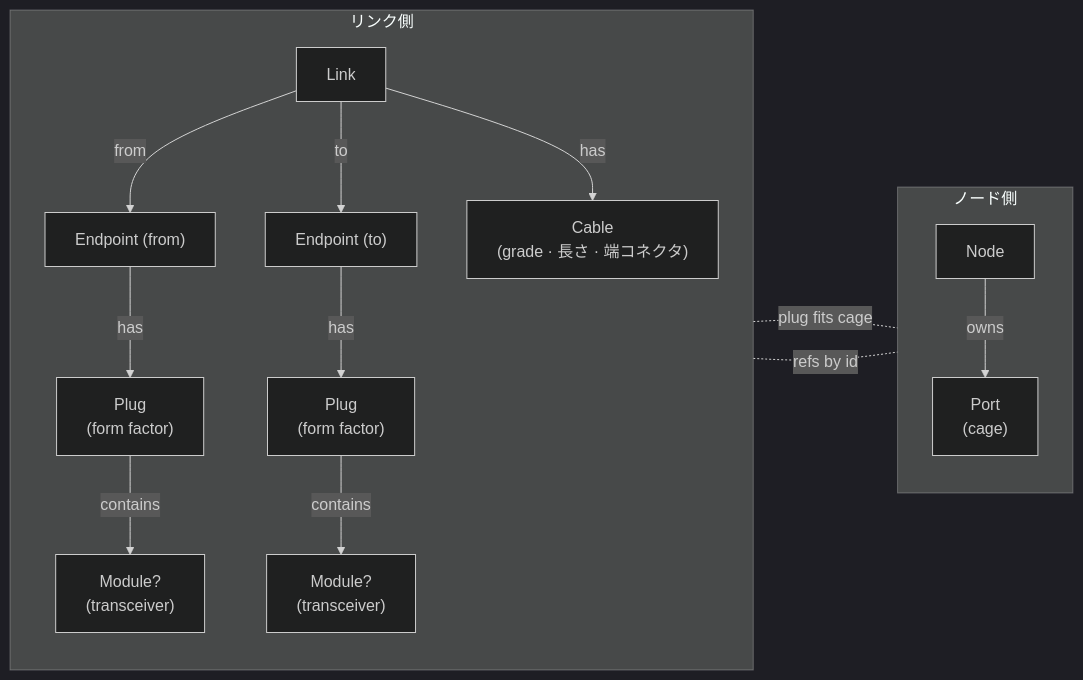
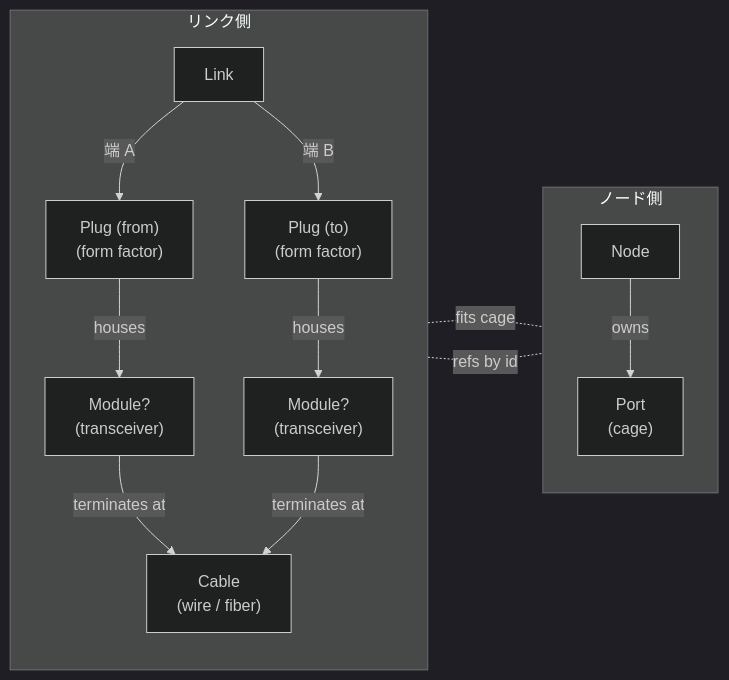
Before and after one commit to konoe-akitoshi/shumoku: the first of 3 diagrams in apps/editor/docs/connection-model.md, drawn with Mermaid (dark theme). The commit also changed other lines of this file, not shown here.

Commit message:
docs(connection-model): redraw rough diagram around physical chain
Reworked the rough relation diagram per the actual physical model:

- Cable is the *terminus* of each side's chain (Plug → Module? →
  Cable), not a sibling at Link level. The cable body is reached from
  both ends rather than dangling off Link.
- Plug, not Endpoint, connects to Port — the diagram now wires Port
  directly to the Plug.
- "Endpoint" is a programming-level wrapper (carries node/port id
  refs alongside plug+module) — flagged as such in prose so the
  diagram stays focused on the physical concepts.

````diff
--- a/apps/editor/docs/connection-model.md
+++ b/apps/editor/docs/connection-model.md
@@ -17,32 +17,29 @@
 ```mermaid
 flowchart LR
   subgraph NS[ノード側]
     direction TB
     Node["Node"]
     Port["Port<br/>(cage)"]
     Node -- owns --> Port
   end
 
   subgraph LS[リンク側]
     direction TB
     Link["Link"]
-    EpA["Endpoint (from)"]
-    EpB["Endpoint (to)"]
-    Cable["Cable<br/>(grade · 長さ · 端コネクタ)"]
-    PlugA["Plug<br/>(form factor)"]
-    PlugB["Plug<br/>(form factor)"]
-    ModA["Module?<br/>(transceiver)"]
-    ModB["Module?<br/>(transceiver)"]
+    PA["Plug (from)<br/>(form factor)"]
+    PB["Plug (to)<br/>(form factor)"]
+    MA["Module?<br/>(transceiver)"]
+    MB["Module?<br/>(transceiver)"]
+    C["Cable<br/>(wire / fiber)"]
 
-    Link -- from --> EpA
-    Link -- to --> EpB
-    Link -- has --> Cable
-    EpA -- has --> PlugA
-    EpB -- has --> PlugB
-    PlugA -- contains --> ModA
-    PlugB -- contains --> ModB
+    Link -- 端 A --> PA
+    Link -- 端 B --> PB
+    PA -- houses --> MA
+    PB -- houses --> MB
+    MA -- terminates at --> C
+    MB -- terminates at --> C
   end
 
-  PlugA -. plug fits cage .- Port
-  EpA -. refs by id .- Node
+  PA -. fits cage .- Port
+  PA -. refs by id .- Node
 ```
````
